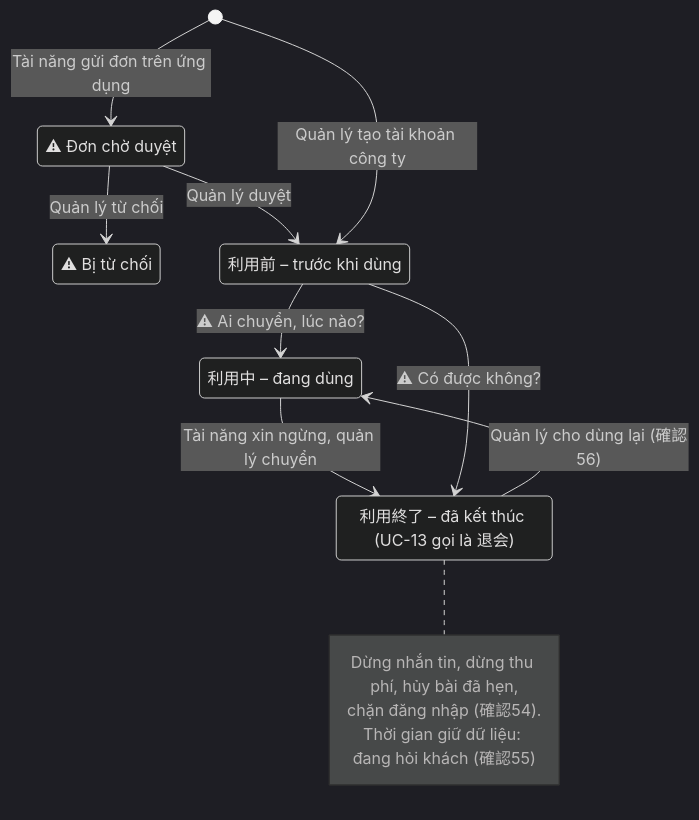
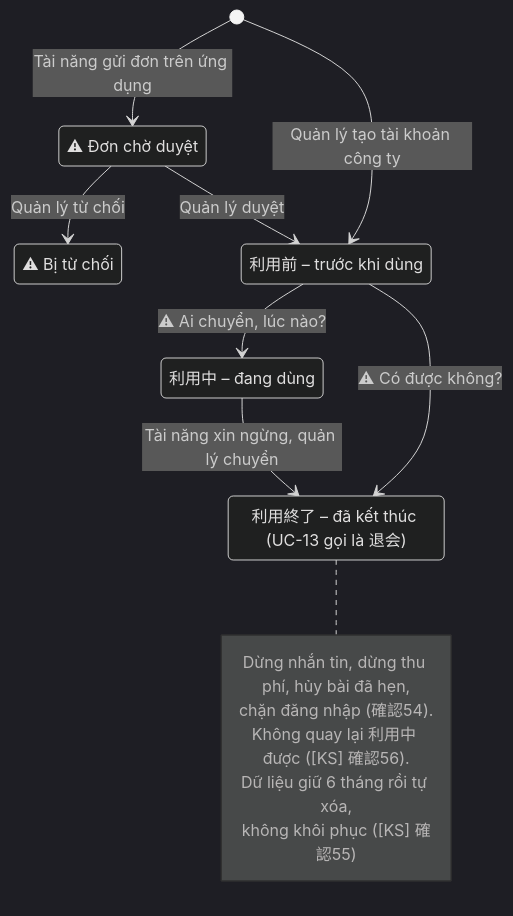
One commit to hailt-amcolab/ai_talent_os_docs changed the seventh of 11 diagrams in Phan_tich/06_Workflow.md. Above: the diagram before and after it, drawn with Mermaid (dark theme). The commit also changed other lines of this file and 188 other files, not shown here.

````diff
--- a/Phan_tich/06_Workflow.md
+++ b/Phan_tich/06_Workflow.md
@@ -318,21 +333,22 @@
 ```mermaid
 stateDiagram-v2
   state "⚠ Đơn chờ duyệt" as Applied
   state "⚠ Bị từ chối" as Rejected
   state "利用前 – trước khi dùng" as Before
   state "利用中 – đang dùng" as Active
   state "利用終了 – đã kết thúc (UC-13 gọi là 退会)" as Ended
   [*] --> Applied : Tài năng gửi đơn trên ứng dụng
   Applied --> Before : Quản lý duyệt
   Applied --> Rejected : Quản lý từ chối
   [*] --> Before : Quản lý tạo tài khoản công ty
   Before --> Active : ⚠ Ai chuyển, lúc nào?
   Active --> Ended : Tài năng xin ngừng, quản lý chuyển
-  Ended --> Active : Quản lý cho dùng lại (確認56)
   Before --> Ended : ⚠ Có được không?
   note right of Ended
     Dừng nhắn tin, dừng thu phí, hủy bài đã hẹn,
     chặn đăng nhập (確認54).
-    Thời gian giữ dữ liệu: đang hỏi khách (確認55)
+    Không quay lại 利用中 được ([KS] 確認56).
+    Dữ liệu giữ 6 tháng rồi tự xóa,
+    không khôi phục ([KS] 確認55)
   end note
 ```
````
